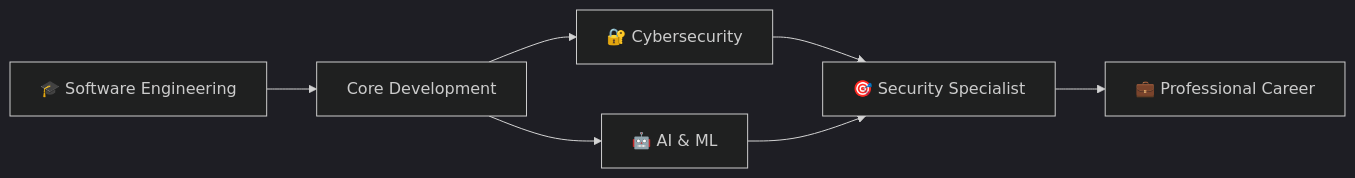
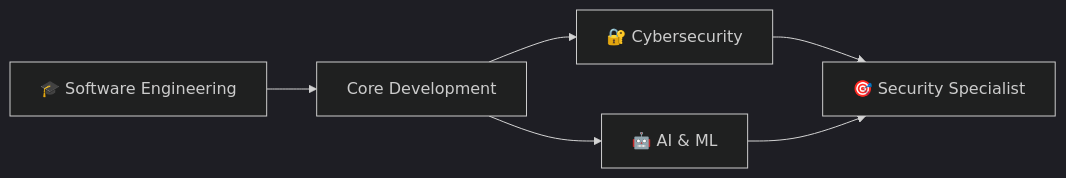
The diagram in README.md (IsviCastillo/IsviCastillo), drawn with Mermaid (dark theme) before and after one commit. The commit also changed other lines of this file, not shown here.

````diff
--- a/README.md
+++ b/README.md
@@ -70,9 +64,8 @@
 ```mermaid
 graph LR
     A[🎓 Software Engineering] --> B[Core Development]
     B --> C[🔐 Cybersecurity]
     B --> D[🤖 AI & ML]
     C --> E[🎯 Security Specialist]
     D --> E
-    E --> F[💼 Professional Career]
 ```
````
